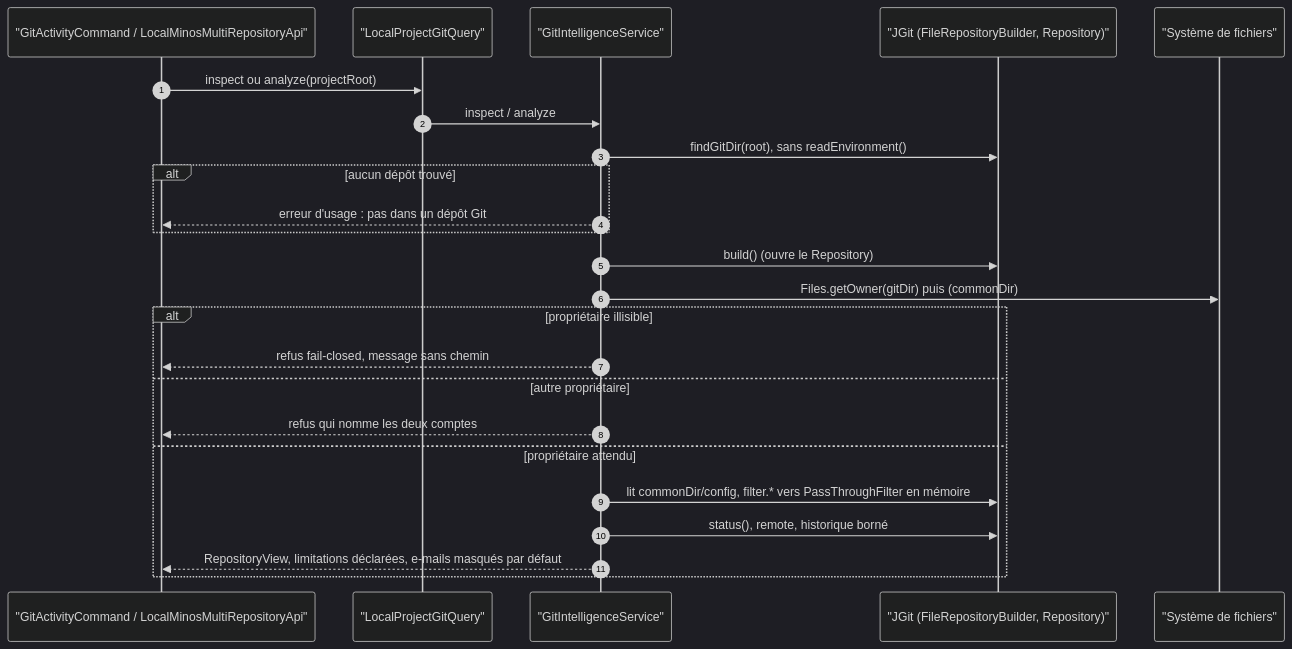
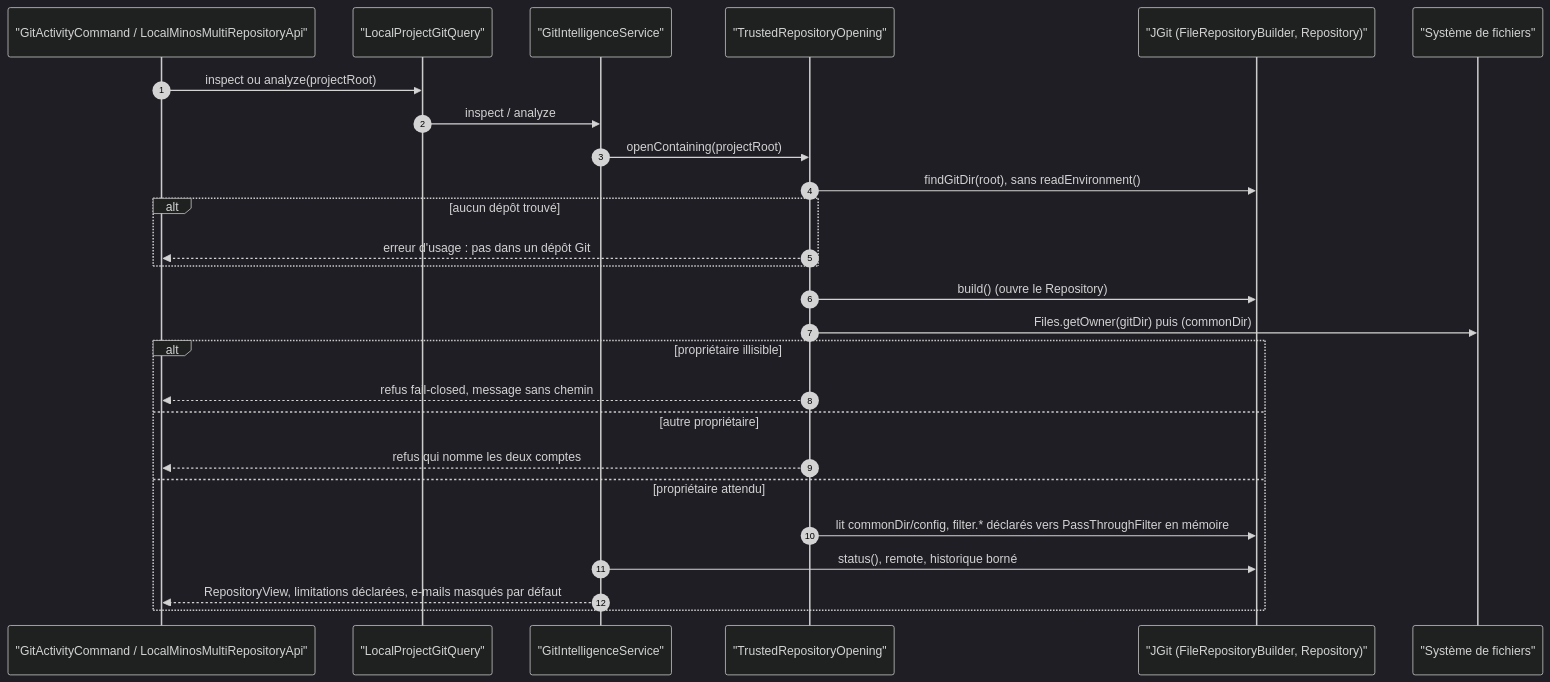
The first of 2 diagrams in docs/architecture/diagrams/capacites/analyse-git.md (FTurleque/minos-code-intelligence), drawn with Mermaid (dark theme) before and after one commit. The commit also changed other lines of this file and 14 other files, not shown here.

````diff
--- a/docs/architecture/diagrams/capacites/analyse-git.md
+++ b/docs/architecture/diagrams/capacites/analyse-git.md
@@ -28,26 +30,28 @@
 ```mermaid
 sequenceDiagram
   autonumber
   participant C as "GitActivityCommand / LocalMinosMultiRepositoryApi"
   participant Q as "LocalProjectGitQuery"
   participant S as "GitIntelligenceService"
+  participant O as "TrustedRepositoryOpening"
   participant J as "JGit (FileRepositoryBuilder, Repository)"
   participant FS as "Système de fichiers"
   C->>Q: inspect ou analyze(projectRoot)
   Q->>S: inspect / analyze
-  S->>J: findGitDir(root), sans readEnvironment()
+  S->>O: openContaining(projectRoot)
+  O->>J: findGitDir(root), sans readEnvironment()
   alt aucun dépôt trouvé
-    S-->>C: erreur d'usage : pas dans un dépôt Git
+    O-->>C: erreur d'usage : pas dans un dépôt Git
   end
-  S->>J: build() (ouvre le Repository)
-  S->>FS: Files.getOwner(gitDir) puis (commonDir)
+  O->>J: build() (ouvre le Repository)
+  O->>FS: Files.getOwner(gitDir) puis (commonDir)
   alt propriétaire illisible
-    S-->>C: refus fail-closed, message sans chemin
+    O-->>C: refus fail-closed, message sans chemin
   else autre propriétaire
-    S-->>C: refus qui nomme les deux comptes
+    O-->>C: refus qui nomme les deux comptes
   else propriétaire attendu
-    S->>J: lit commonDir/config, filter.* vers PassThroughFilter en mémoire
+    O->>J: lit commonDir/config, filter.* déclarés vers PassThroughFilter en mémoire
     S->>J: status(), remote, historique borné
     S-->>C: RepositoryView, limitations déclarées, e-mails masqués par défaut
   end
 ```
````
